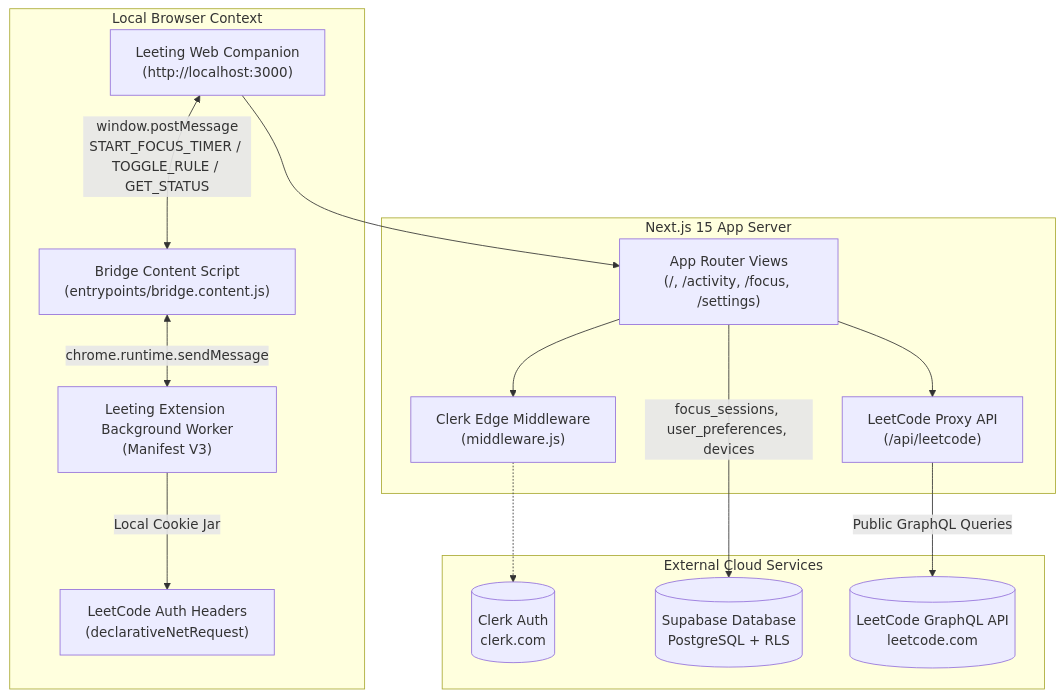
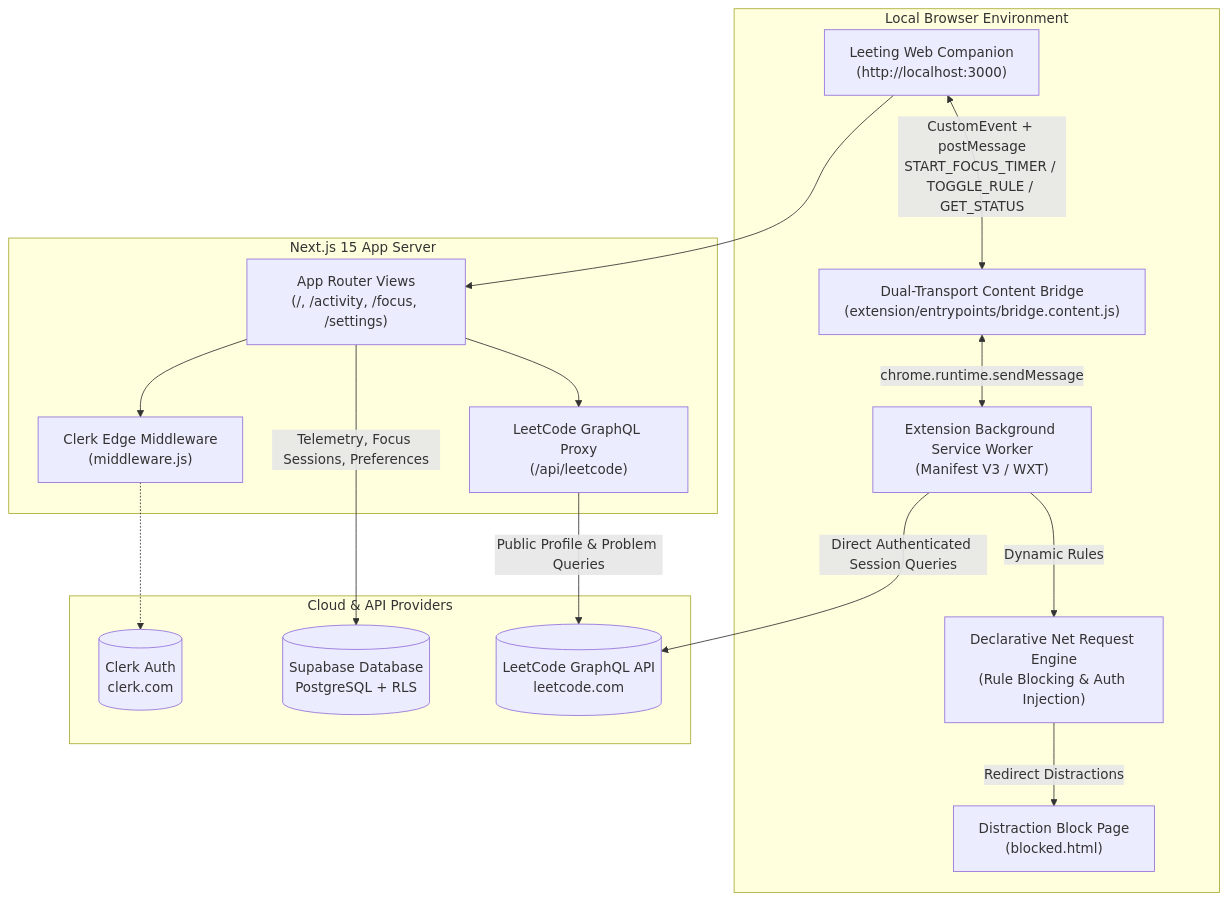
Before and after one commit to anirban-moi/leeting_web: the diagram in README.md, drawn with Mermaid. The commit also changed other lines of this file and 5 other files, not shown here.

````diff
--- a/README.md
+++ b/README.md
@@ -24,31 +40,35 @@
 ```mermaid
 flowchart TB
-    subgraph Browser["Local Browser Context"]
+    subgraph BrowserContext["Local Browser Environment"]
         Web["Leeting Web Companion<br/>(http://localhost:3000)"]
-        Bridge["Bridge Content Script<br/>(entrypoints/bridge.content.js)"]
-        Ext["Leeting Extension Background Worker<br/>(Manifest V3)"]
-        
-        Web <-->|window.postMessage<br/>START_FOCUS_TIMER / TOGGLE_RULE / GET_STATUS| Bridge
-        Bridge <-->|chrome.runtime.sendMessage| Ext
-        Ext -->|Local Cookie Jar| LCAuth["LeetCode Auth Headers<br/>(declarativeNetRequest)"]
+        Bridge["Dual-Transport Content Bridge<br/>(extension/entrypoints/bridge.content.js)"]
+        ExtSW["Extension Background Service Worker<br/>(Manifest V3 / WXT)"]
+        DNR["Declarative Net Request Engine<br/>(Rule Blocking & Auth Injection)"]
+        BlockedPage["Distraction Block Page<br/>(blocked.html)"]
+
+        Web <-->|CustomEvent + postMessage<br/>START_FOCUS_TIMER / TOGGLE_RULE / GET_STATUS| Bridge
+        Bridge <-->|chrome.runtime.sendMessage| ExtSW
+        ExtSW -->|Dynamic Rules| DNR
+        DNR -->|Redirect Distractions| BlockedPage
     end
 
     subgraph WebServer["Next.js 15 App Server"]
         AppRouter["App Router Views<br/>(/, /activity, /focus, /settings)"]
-        ApiLeetCode["LeetCode Proxy API<br/>(/api/leetcode)"]
+        ApiLeetCode["LeetCode GraphQL Proxy<br/>(/api/leetcode)"]
         Middleware["Clerk Edge Middleware<br/>(middleware.js)"]
     end
 
-    subgraph Cloud["External Cloud Services"]
+    subgraph ExternalCloud["Cloud & API Providers"]
         Clerk[("Clerk Auth<br/>clerk.com")]
         Supabase[("Supabase Database<br/>PostgreSQL + RLS")]
         LCGraphQL[("LeetCode GraphQL API<br/>leetcode.com")]
     end
 
     Web --> AppRouter
     AppRouter --> Middleware
     Middleware -.-> Clerk
     AppRouter --> ApiLeetCode
-    ApiLeetCode -->|Public GraphQL Queries| LCGraphQL
-    AppRouter -->|focus_sessions, user_preferences, devices| Supabase
+    ApiLeetCode -->|Public Profile & Problem Queries| LCGraphQL
+    ExtSW -->|Direct Authenticated Session Queries| LCGraphQL
+    AppRouter -->|Telemetry, Focus Sessions, Preferences| Supabase
 ```
````
